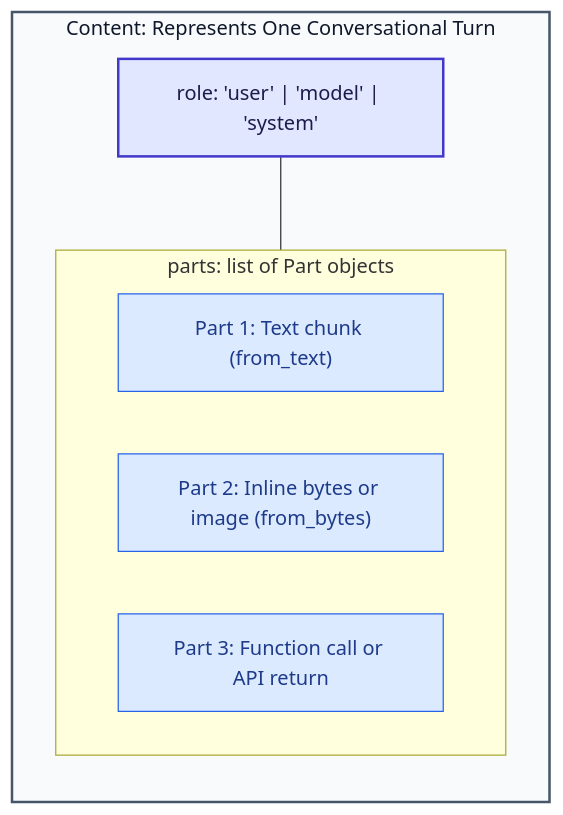
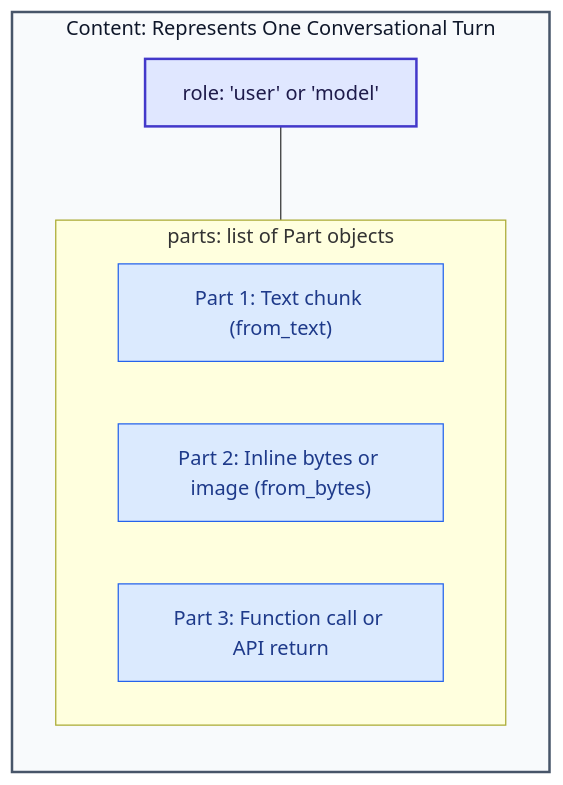
The first of 3 diagrams in training/module06_5-programmatic-execution/README.md (inderanz/google-adk-training), drawn with Mermaid before and after one commit. The commit also changed other lines of this file and 382 other files, not shown here.

````diff
--- a/training/module06_5-programmatic-execution/README.md
+++ b/training/module06_5-programmatic-execution/README.md
@@ -46,21 +74,21 @@
 ```mermaid
 flowchart TD
     subgraph ContentObject["Content: Represents One Conversational Turn"]
         direction TB
-        RoleField["role: 'user' | 'model' | 'system'"]
+        RoleField["role: 'user' or 'model'"]
         subgraph PartsList["parts: list of Part objects"]
             Part1["Part 1: Text chunk (from_text)"]
             Part2["Part 2: Inline bytes or image (from_bytes)"]
             Part3["Part 3: Function call or API return"]
         end
         RoleField --- PartsList
     end
 
     classDef container fill:#f8fafc,stroke:#475569,stroke-width:2px,color:#0f172a;
     classDef roleBox fill:#e0e7ff,stroke:#4338ca,stroke-width:2px,color:#1e1b4b;
     classDef partBox fill:#dbeafe,stroke:#2563eb,stroke-width:1px,color:#1e3a8a;
 
     class ContentObject container;
     class RoleField roleBox;
     class Part1,Part2,Part3 partBox;
 ```
````
